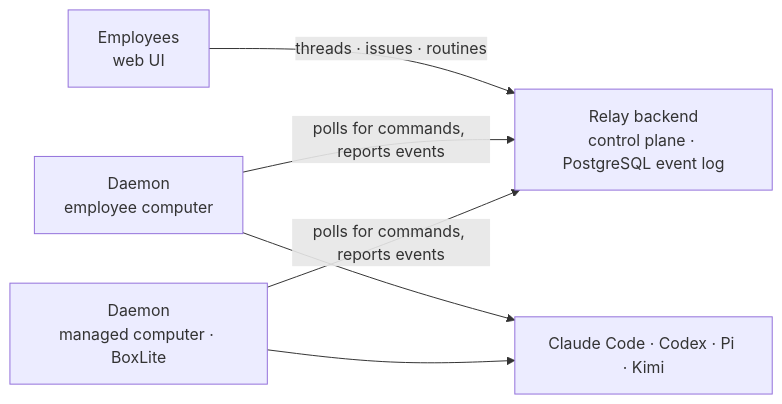
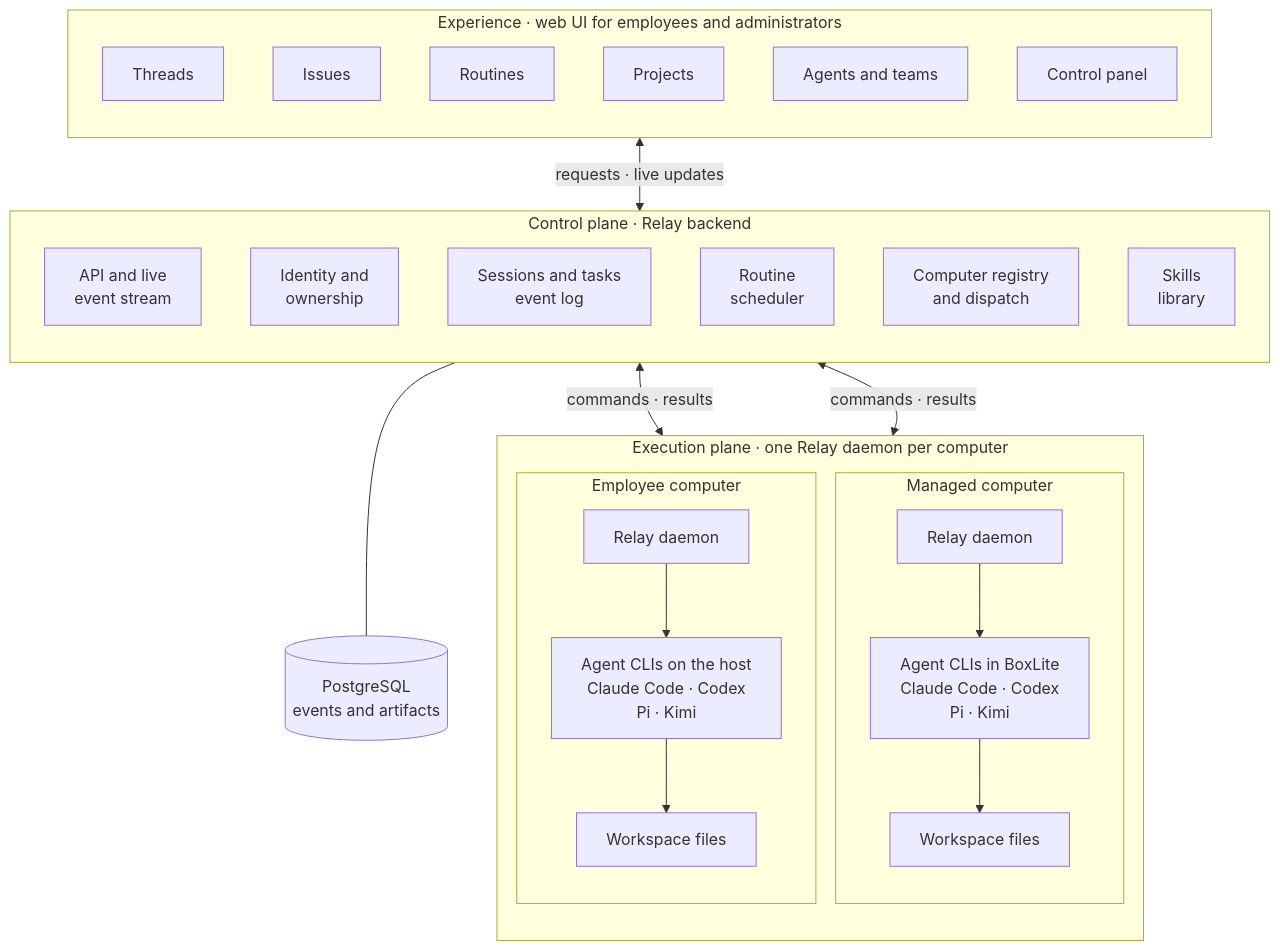
The diagram in README.md (droxer/Relay), drawn with Mermaid before and after one commit. The commit also changed other lines of this file and 1 other file, not shown here.

Commit message:
docs: present How it works as a layered product architecture
Replace the small flow diagram with a three-layer architecture diagram —
experience, control plane, execution plane — and describe what each layer
owns, in both the English and Simplified Chinese README.

````diff
--- a/README.md
+++ b/README.md
@@ -33,14 +35,45 @@
 ```mermaid
-flowchart LR
-  people["Employees<br/>web UI"]
-  backend["Relay backend<br/>control plane · PostgreSQL event log"]
-  local["Daemon<br/>employee computer"]
-  managed["Daemon<br/>managed computer · BoxLite"]
-  agents["Claude Code · Codex · Pi · Kimi"]
+flowchart TB
+  subgraph experience["Experience · web UI for employees and administrators"]
+    direction TB
+    threads["Threads"]
+    issues["Issues"]
+    routines["Routines"]
+    projects["Projects"]
+    workforce["Agents and teams"]
+    admin["Control panel"]
+  end
 
-  people -->|"threads · issues · routines"| backend
-  local -->|"polls for commands, reports events"| backend
-  managed -->|"polls for commands, reports events"| backend
-  local --> agents
-  managed --> agents
+  subgraph control["Control plane · Relay backend"]
+    direction TB
+    api["API and live<br/>event stream"]
+    identity["Identity and<br/>ownership"]
+    records["Sessions and tasks<br/>event log"]
+    scheduler["Routine<br/>scheduler"]
+    registry["Computer registry<br/>and dispatch"]
+    skills["Skills<br/>library"]
+  end
+
+  store[("PostgreSQL<br/>events and artifacts")]
+
+  subgraph execution["Execution plane · one Relay daemon per computer"]
+    direction TB
+    subgraph managed["Managed computer"]
+      managedDaemon["Relay daemon"]
+      managedAgents["Agent CLIs in BoxLite<br/>Claude Code · Codex<br/>Pi · Kimi"]
+      managedWorkspace["Workspace files"]
+      managedDaemon --> managedAgents --> managedWorkspace
+    end
+    subgraph local["Employee computer"]
+      localDaemon["Relay daemon"]
+      localAgents["Agent CLIs on the host<br/>Claude Code · Codex<br/>Pi · Kimi"]
+      localWorkspace["Workspace files"]
+      localDaemon --> localAgents --> localWorkspace
+    end
+  end
+
+  experience <-->|"requests · live updates"| control
+  control <-->|"commands · results"| localDaemon
+  control <-->|"commands · results"| managedDaemon
+  control --- store
 ```
````
